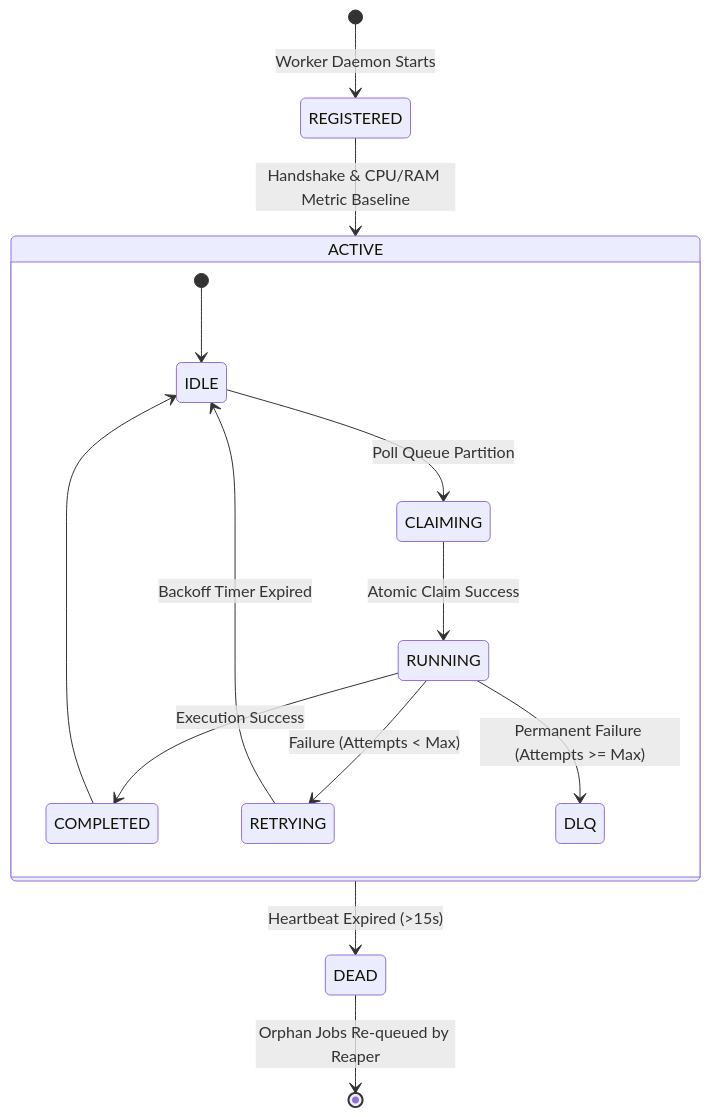
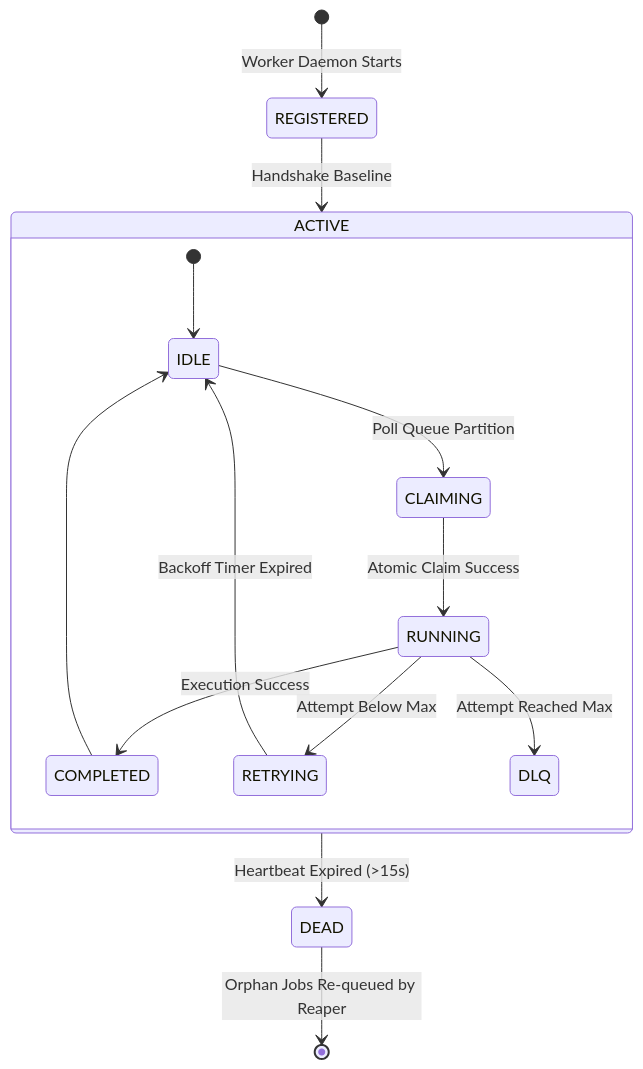
The second of 2 diagrams in docs/ARCHITECTURE.md (Lakshman2405/distributed-job-scheduler), drawn with Mermaid before and after one commit. The commit also changed other lines of this file and 1 other file, not shown here.

Commit message:
fix: quote Mermaid labels containing parentheses to fix GitHub diagram rendering error

````diff
--- a/docs/ARCHITECTURE.md
+++ b/docs/ARCHITECTURE.md
@@ -99,19 +99,19 @@
 ```mermaid
 stateDiagram-v2
     [*] --> REGISTERED: Worker Daemon Starts
-    REGISTERED --> ACTIVE: Handshake & CPU/RAM Metric Baseline
+    REGISTERED --> ACTIVE: Handshake Baseline
     
     state ACTIVE {
         [*] --> IDLE
         IDLE --> CLAIMING: Poll Queue Partition
         CLAIMING --> RUNNING: Atomic Claim Success
         RUNNING --> COMPLETED: Execution Success
-        RUNNING --> RETRYING: Failure (Attempts < Max)
-        RUNNING --> DLQ: Permanent Failure (Attempts >= Max)
+        RUNNING --> RETRYING: Attempt Below Max
+        RUNNING --> DLQ: Attempt Reached Max
         RETRYING --> IDLE: Backoff Timer Expired
         COMPLETED --> IDLE
     }
     
     ACTIVE --> DEAD: Heartbeat Expired (>15s)
     DEAD --> [*]: Orphan Jobs Re-queued by Reaper
 ```
````
